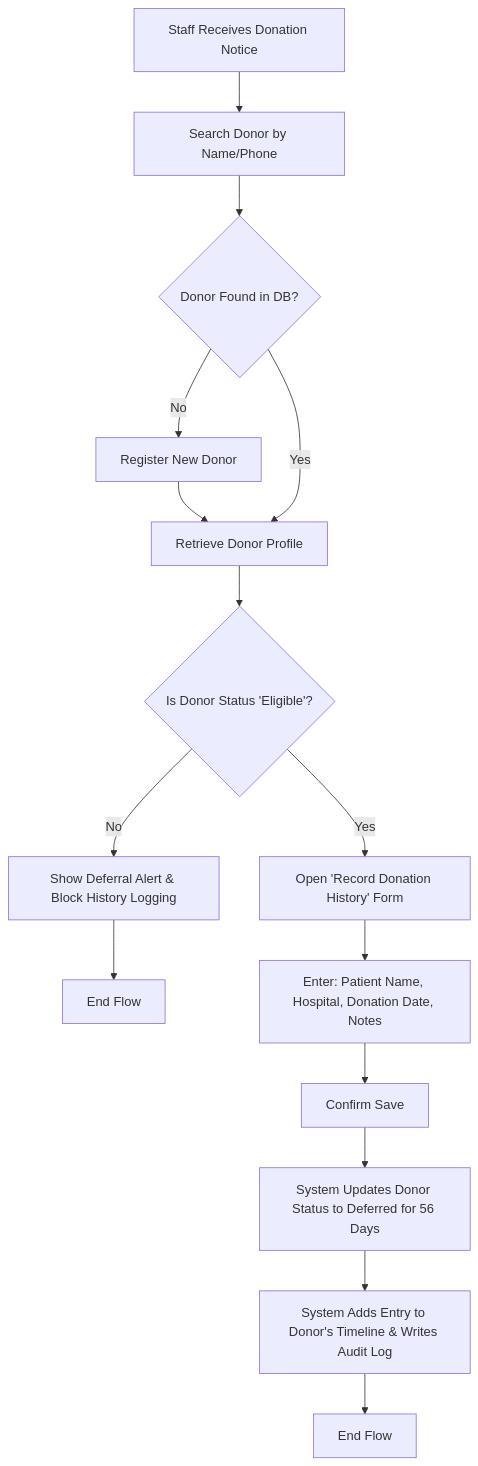
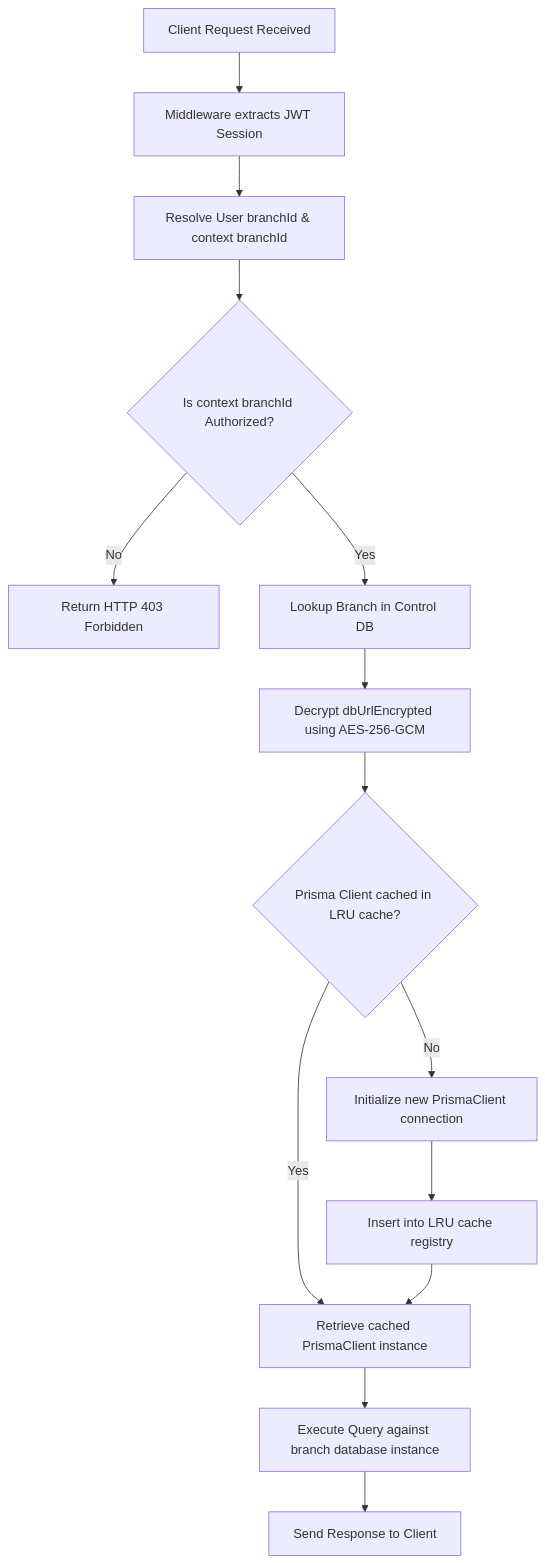
One commit to rangpurquantum-web/blood-management- changed the first of 2 diagrams in docs/user-flow.md. Above: the diagram before and after it, drawn with Mermaid. The commit also changed other lines of this file and 56 other files, not shown here.

````diff
--- a/docs/user-flow.md
+++ b/docs/user-flow.md
@@ -22,19 +22,18 @@
 ```mermaid
 graph TD
-    A[Staff Receives Donation Notice] --> B[Search Donor by Name/Phone]
-    B --> C{Donor Found in DB?}
-    C -- No --> D[Register New Donor]
-    D --> E[Retrieve Donor Profile]
-    C -- Yes --> E
+    A[Client Request Received] --> B[Middleware extracts JWT Session]
+    B --> C[Resolve User branchId & context branchId]
+    C --> D{Is context branchId Authorized?}
+    D -- No --> E[Return HTTP 403 Forbidden]
+    D -- Yes --> F[Lookup Branch in Control DB]
     
-    E --> F{Is Donor Status 'Eligible'?}
-    F -- No --> G[Show Deferral Alert & Block History Logging]
-    G --> H[End Flow]
+    F --> G[Decrypt dbUrlEncrypted using AES-256-GCM]
+    G --> H{Prisma Client cached in LRU cache?}
+    H -- Yes --> I[Retrieve cached PrismaClient instance]
+    H -- No --> J[Initialize new PrismaClient connection]
+    J --> K[Insert into LRU cache registry]
+    K --> I
     
-    F -- Yes --> I[Open 'Record Donation History' Form]
-    I --> J[Enter: Patient Name, Hospital, Donation Date, Notes]
-    J --> K[Confirm Save]
-    K --> L[System Updates Donor Status to Deferred for 56 Days]
-    L --> M[System Adds Entry to Donor's Timeline & Writes Audit Log]
-    M --> N[End Flow]
+    I --> L[Execute Query against branch database instance]
+    L --> M[Send Response to Client]
 ```
````
